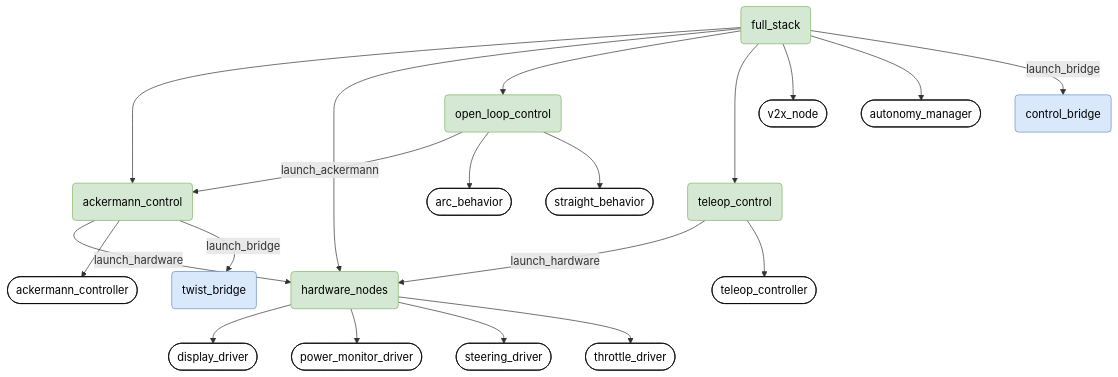
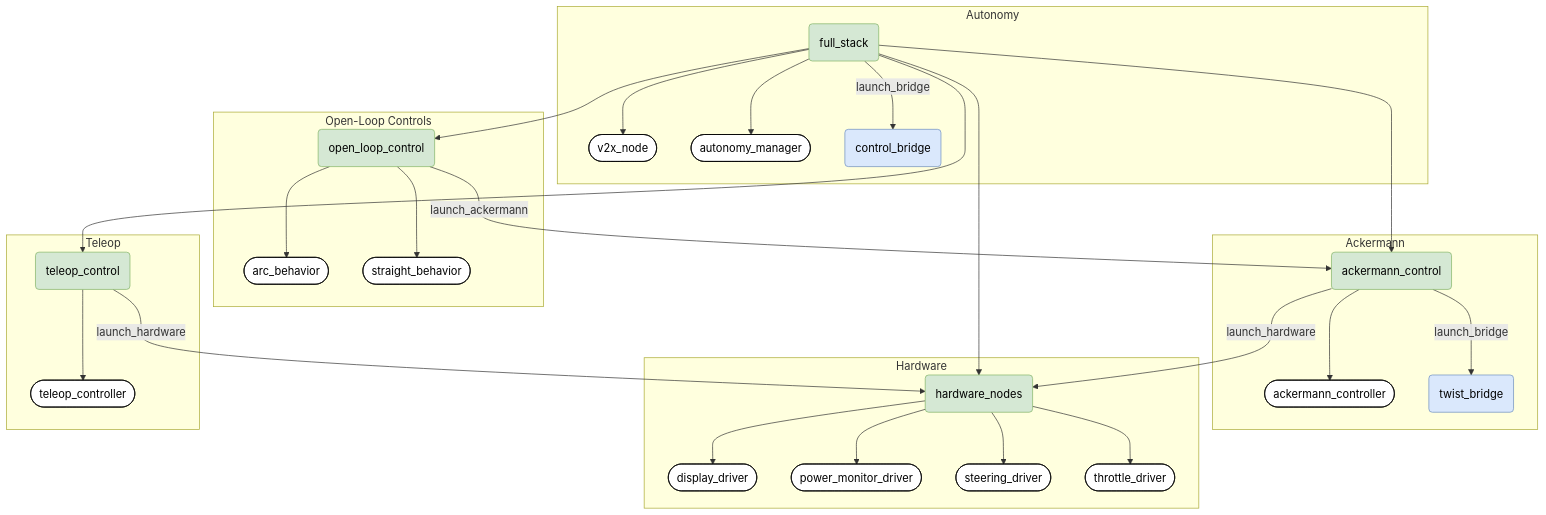
One commit to vcuopencity/piracer changed the diagram in README.md. Above: the diagram before and after it, drawn with Mermaid.

Commit message:
Added sub-graphs for each category
Each category has its own sub-graph now.

README.md
* Added four subgraphs

````diff
--- a/README.md
+++ b/README.md
@@ -27,38 +27,47 @@
 ```mermaid
     flowchart TD
         full_stack(full_stack) --> ackermann_control(ackermann_control)
             ackermann_control -->|launch_hardware| hardware_nodes
+        subgraph Ackermann
             ackermann_control --> ackermann_controller([ackermann_controller])
             ackermann_control -->|launch_bridge| twist_bridge(twist_bridge)
-        
+        end
+
         full_stack --> hardware_nodes(hardware_nodes)
+        subgraph Hardware
             hardware_nodes --> display_driver([display_driver])
             hardware_nodes --> power_monitor_driver([power_monitor_driver])
             hardware_nodes --> steering_driver([steering_driver])
             hardware_nodes --> throttle_driver([throttle_driver])
+        end
         
         full_stack --> open_loop_control(open_loop_control)
+        subgraph Open-Loop Controls
             open_loop_control -->|launch_ackermann| ackermann_control
             open_loop_control --> arc_behavior([arc_behavior])
             open_loop_control --> straight_behavior([straight_behavior])
+        end
         
         full_stack --> teleop_control(teleop_control)
             teleop_control -->|launch_hardware|hardware_nodes
+        subgraph Teleop
             teleop_control --> teleop_controller([teleop_controller])
+        end
         
+        subgraph Autonomy
         full_stack --> v2x_node([v2x_node])
         full_stack --> autonomy_manager([autonomy_manager])
-
         full_stack -->|launch_bridge|control_bridge(control_bridge)
+        end
     
         classDef launch_file fill:#D5E8D4,stroke:#82B366,color:black;
         classDef bridge_launch_file fill:#DAE8FC,stroke:#6C8EBF,color:black;
         classDef nodes fill:#FFFFFF,stroke:#000000,color:black;
         
         class display_driver,power_monitor_driver,steering_driver,throttle_driver,ackermann_controller,teleop_controller,arc_behavior,straight_behavior,v2x_node,autonomy_manager nodes;
         class ackermann_control,hardware_nodes,open_loop_control,teleop_control,full_stack launch_file;
         class twist_bridge,control_bridge bridge_launch_file;
 
         %% the only way to style links is by manually selecting each
         %%linkStyle 3 stroke:blue;
 ```
````
